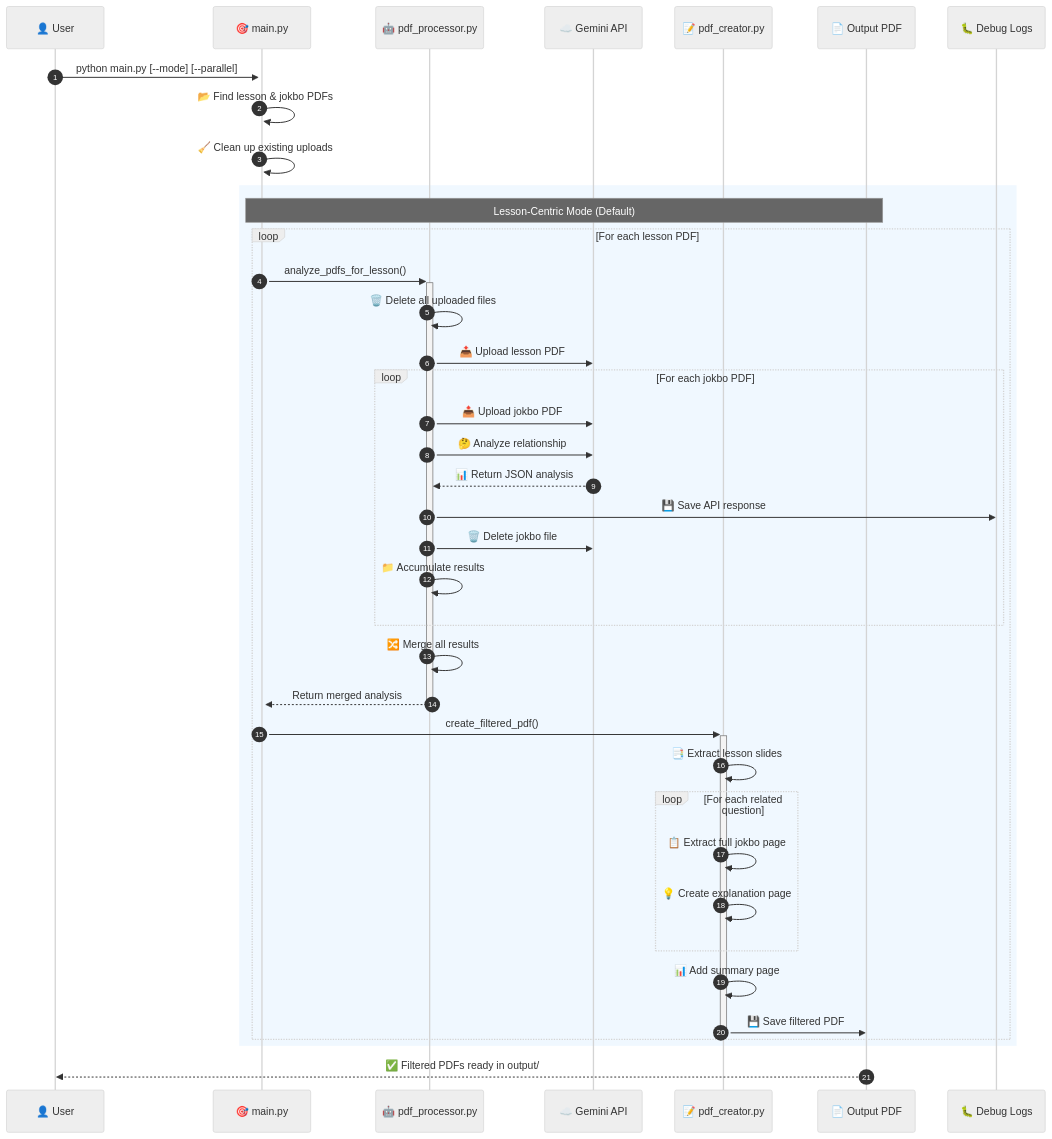
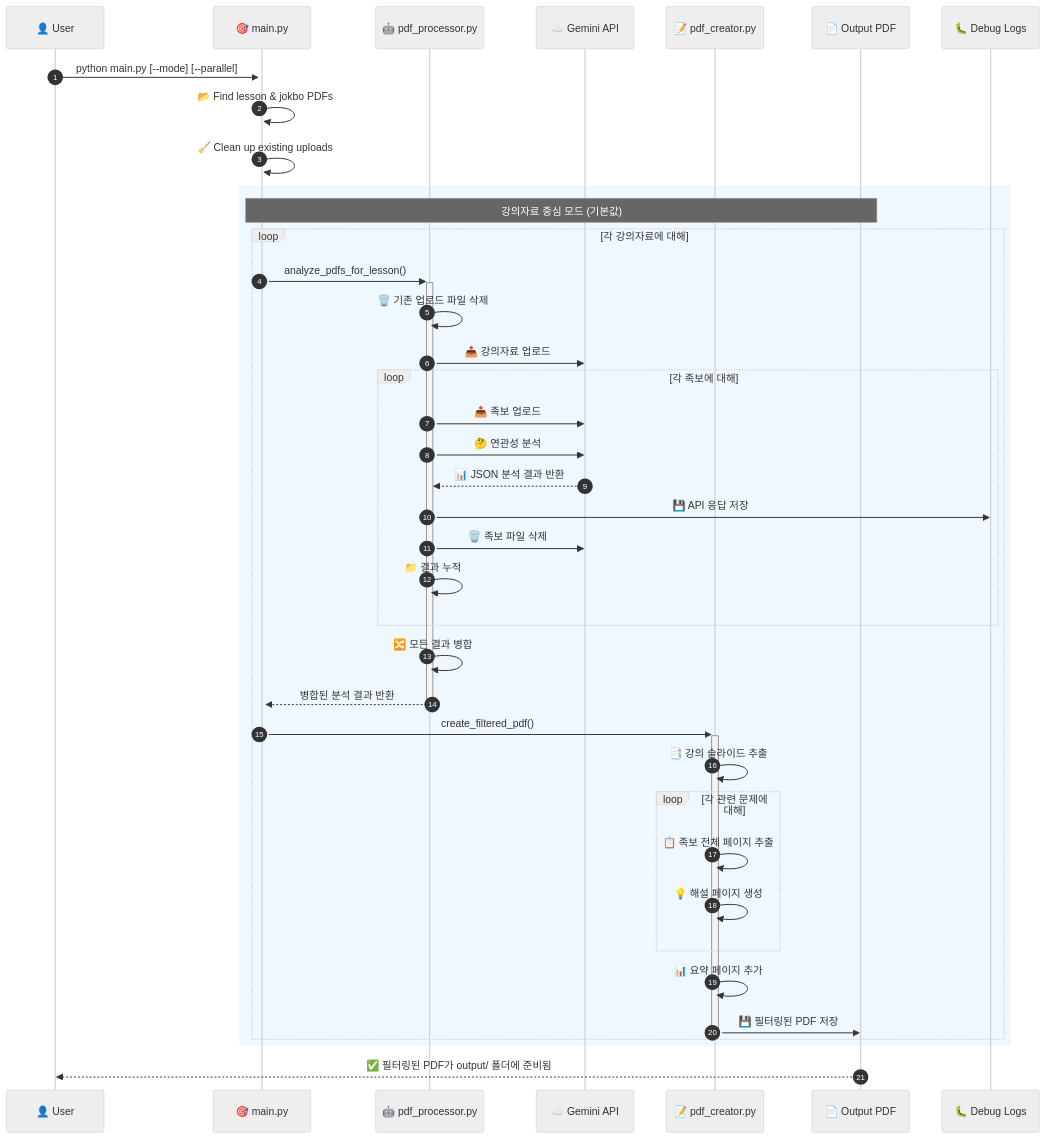
One commit to ksw6895/jokbodude changed the second of 4 diagrams in architecture.md. Above: the diagram before and after it, drawn with Mermaid (neutral theme). The commit also changed other lines of this file and 1 other file, not shown here.

````diff
--- a/architecture.md
+++ b/architecture.md
@@ -60,49 +60,49 @@
 ```mermaid
 sequenceDiagram
     autonumber
     participant User as 👤 User
     participant Main as 🎯 main.py
     participant Processor as 🤖 pdf_processor.py
     participant Gemini as ☁️ Gemini API
     participant Creator as 📝 pdf_creator.py
     participant Output as 📄 Output PDF
     participant Debug as 🐛 Debug Logs
 
     User->>+Main: python main.py [--mode] [--parallel]
     Main->>Main: 📂 Find lesson & jokbo PDFs
     Main->>Main: 🧹 Clean up existing uploads
     
     rect rgb(240, 248, 255)
-        Note over Main,Output: Lesson-Centric Mode (Default)
-        loop For each lesson PDF
+        Note over Main,Output: 강의자료 중심 모드 (기본값)
+        loop 각 강의자료에 대해
             Main->>+Processor: analyze_pdfs_for_lesson()
-            Processor->>Processor: 🗑️ Delete all uploaded files
-            Processor->>Gemini: 📤 Upload lesson PDF
+            Processor->>Processor: 🗑️ 기존 업로드 파일 삭제
+            Processor->>Gemini: 📤 강의자료 업로드
             
-            loop For each jokbo PDF
-                Processor->>Gemini: 📤 Upload jokbo PDF
-                Processor->>Gemini: 🤔 Analyze relationship
-                Gemini-->>Processor: 📊 Return JSON analysis
-                Processor->>Debug: 💾 Save API response
-                Processor->>Gemini: 🗑️ Delete jokbo file
-                Processor->>Processor: 📁 Accumulate results
+            loop 각 족보에 대해
+                Processor->>Gemini: 📤 족보 업로드
+                Processor->>Gemini: 🤔 연관성 분석
+                Gemini-->>Processor: 📊 JSON 분석 결과 반환
+                Processor->>Debug: 💾 API 응답 저장
+                Processor->>Gemini: 🗑️ 족보 파일 삭제
+                Processor->>Processor: 📁 결과 누적
             end
             
-            Processor->>Processor: 🔀 Merge all results
-            Processor-->>-Main: Return merged analysis
+            Processor->>Processor: 🔀 모든 결과 병합
+            Processor-->>-Main: 병합된 분석 결과 반환
             
             Main->>+Creator: create_filtered_pdf()
-            Creator->>Creator: 📑 Extract lesson slides
+            Creator->>Creator: 📑 강의 슬라이드 추출
             
-            loop For each related question
-                Creator->>Creator: 📋 Extract full jokbo page
-                Creator->>Creator: 💡 Create explanation page
+            loop 각 관련 문제에 대해
+                Creator->>Creator: 📋 족보 전체 페이지 추출
+                Creator->>Creator: 💡 해설 페이지 생성
             end
             
-            Creator->>Creator: 📊 Add summary page
-            Creator->>-Output: 💾 Save filtered PDF
+            Creator->>Creator: 📊 요약 페이지 추가
+            Creator->>-Output: 💾 필터링된 PDF 저장
         end
     end
 
-    Output-->>User: ✅ Filtered PDFs ready in output/
+    Output-->>User: ✅ 필터링된 PDF가 output/ 폴더에 준비됨
 ```
````
